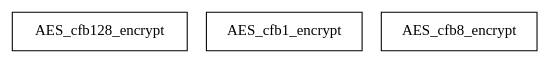
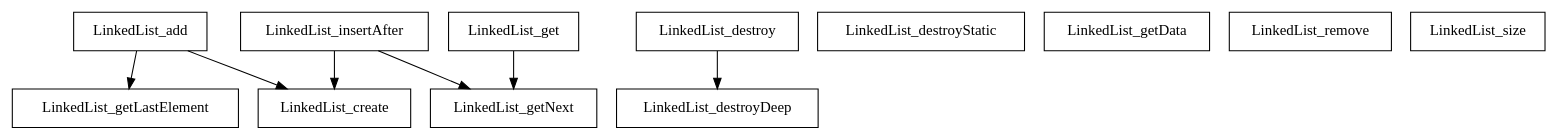
The diagram in tool/output/phase-cfa/cfa-merged/call-graph.dot (Ares-anon/Ares), drawn with Graphviz before and after one commit. The commit also changed 3113 other files, not shown here.

```diff
--- a/tool/output/phase-cfa/cfa-merged/call-graph.dot
+++ b/tool/output/phase-cfa/cfa-merged/call-graph.dot
@@ -1,5 +1,20 @@
 digraph CallGraph {
-1 [label="AES_cfb128_encrypt", shape="box"]
-34 [label="AES_cfb1_encrypt", shape="box"]
-67 [label="AES_cfb8_encrypt", shape="box"]
+1 [label="LinkedList_add", shape="box"]
+27 [label="LinkedList_create", shape="box"]
+42 [label="LinkedList_destroy", shape="box"]
+50 [label="LinkedList_destroyDeep", shape="box"]
+94 [label="LinkedList_destroyStatic", shape="box"]
+122 [label="LinkedList_get", shape="box"]
+165 [label="LinkedList_getData", shape="box"]
+174 [label="LinkedList_getLastElement", shape="box"]
+194 [label="LinkedList_getNext", shape="box"]
+203 [label="LinkedList_insertAfter", shape="box"]
+234 [label="LinkedList_remove", shape="box"]
+289 [label="LinkedList_size", shape="box"]
+1 -> 174 []
+1 -> 27 []
+42 -> 50 []
+122 -> 194 []
+203 -> 194 []
+203 -> 27 []
 }
```
